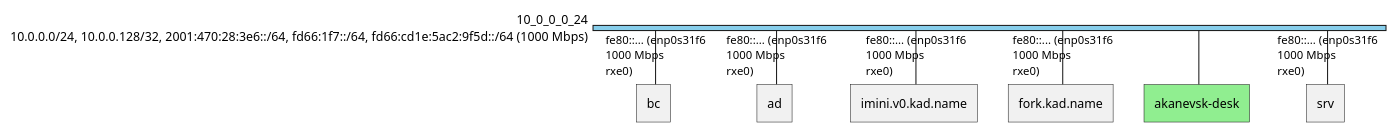
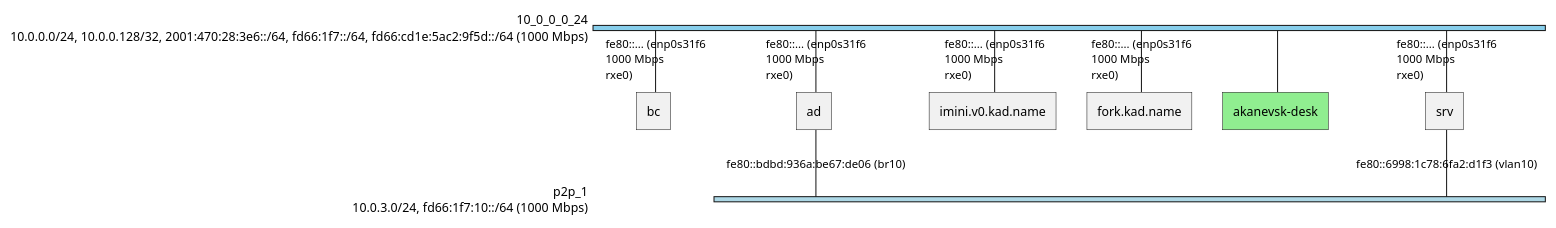
One commit to kad/lldiscovery changed the diagram in NWDIAG_P2P_FIX.md. Above: the diagram before and after it, drawn with PlantUML. The commit also changed other lines of this file and 2 other files, not shown here.

Commit message:
p2p nwdiag address

````diff
--- a/NWDIAG_P2P_FIX.md
+++ b/NWDIAG_P2P_FIX.md
@@ -254,16 +254,22 @@
 ```plantuml
 @startuml
 nwdiag {
   network 10_0_0_0_24 {
     address = "10.0.0.0/24, 10.0.0.128/32, 2001:470:28:3e6::/64, fd66:1f7::/64, fd66:cd1e:5ac2:9f5d::/64 (1000 Mbps)"
     color = "#87CEEB"
     bc [address = "fe80::... (enp0s31f6, 1000 Mbps, rxe0)", description = "bc"];
     ad [address = "fe80::... (enp0s31f6, 1000 Mbps, rxe0)", description = "ad"];
     imini_v0_kad_name [address = "fe80::... (enp0s31f6, 1000 Mbps, rxe0)", description = "imini.v0.kad.name"];
     fork_kad_name [address = "fe80::... (enp0s31f6, 1000 Mbps, rxe0)", description = "fork.kad.name"];
     akanevsk_desk [description = "akanevsk-desk", color = "#90EE90"];
     srv [address = "fe80::... (enp0s31f6, 1000 Mbps, rxe0)", description = "srv"];
   }
+  network p2p_1 {
+    address = "10.0.3.0/24, fd66:1f7:10::/64 (1000 Mbps)"
+    color = "#ADD8E6"
+    ad [address = "fe80::bdbd:936a:be67:de06 (br10)", description = "ad"];
+    srv [address = "fe80::6998:1c78:6fa2:d1f3 (vlan10)", description = "srv"];
+  }
 }
 @enduml
 ```
````
